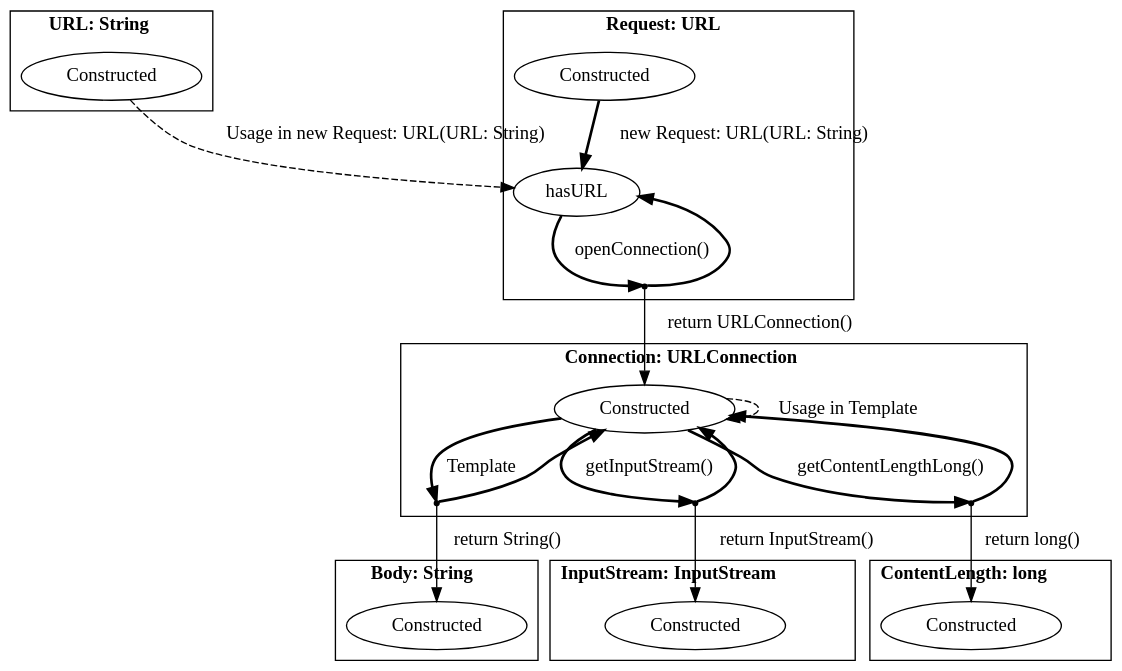
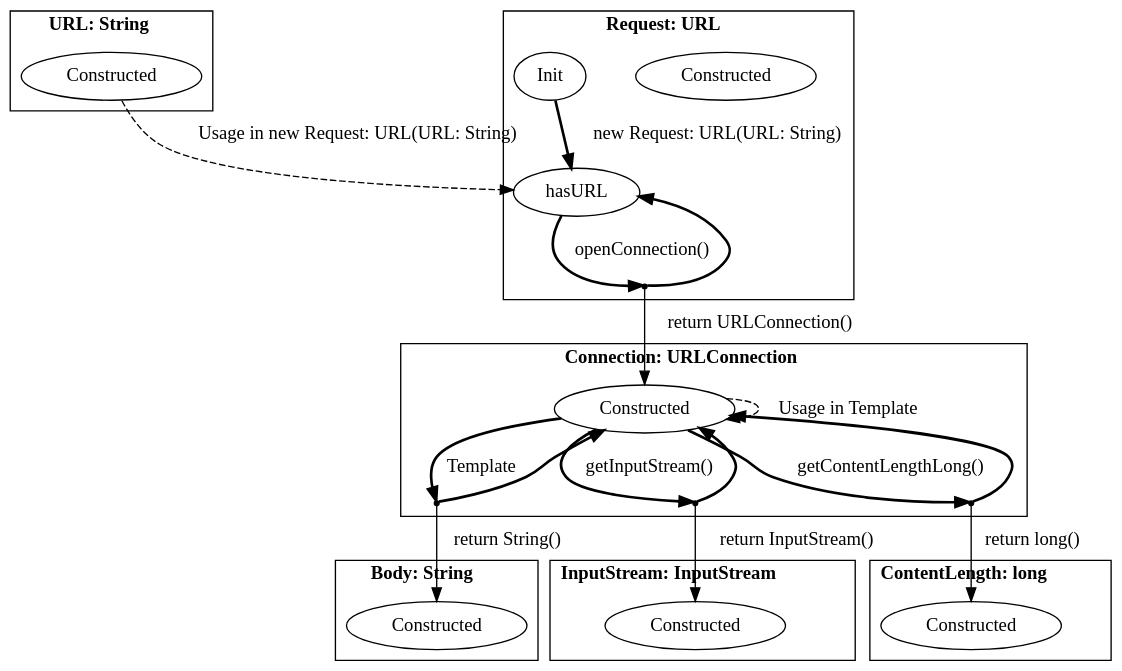
One commit to h31/LibraryMigration changed the diagram in pictures/java.dot. Above: the diagram before and after it, drawn with Graphviz. The commit also changed 9 other files, not shown here.

```diff
--- a/pictures/java.dot
+++ b/pictures/java.dot
@@ -1,47 +1,48 @@
 digraph G {
     bgcolor="transparent";
     subgraph cluster0 {
     label = <<B>URL: String</B>>;
         Constructed_URL [ label="Constructed" ];
     }
     subgraph cluster1 {
     label = <<B>Request: URL</B>>;
         Constructed_Request [ label="Constructed" ];
         hasURL_Request [ label="hasURL" ];
+        Init_Request [ label="Init" ];
         virtual0 [ shape = point ];
     }
     subgraph cluster2 {
     label = <<B>Connection: URLConnection</B>>;
         Constructed_Connection [ label="Constructed" ];
         virtual1 [ shape = point ];
         virtual2 [ shape = point ];
         virtual3 [ shape = point ];
     }
     subgraph cluster3 {
     label = <<B>Body: String</B>>;
         Constructed_Body [ label="Constructed" ];
     }
     subgraph cluster4 {
     label = <<B>InputStream: InputStream</B>>;
         Constructed_InputStream [ label="Constructed" ];
     }
     subgraph cluster5 {
     label = <<B>ContentLength: long</B>>;
         Constructed_ContentLength [ label="Constructed" ];
     }
         Constructed_URL -> hasURL_Request [ label="Usage in new Request: URL(URL: String)", style = "dashed"  ];
-        Constructed_Request -> hasURL_Request [ label="new Request: URL(URL: String)", style = "bold"  ];
+        Init_Request -> hasURL_Request [ label="new Request: URL(URL: String)", style = "bold"  ];
         hasURL_Request -> virtual0 [ style = "bold" label="openConnection()"  ];
         virtual0 -> hasURL_Request [ style = "bold"  ];
         virtual0 -> Constructed_Connection [ label="return URLConnection()"  ];
         Constructed_Connection -> virtual1 [ style = "bold" label="Template"  ];
         virtual1 -> Constructed_Connection [ style = "bold"  ];
         virtual1 -> Constructed_Body [ label="return String()"  ];
         Constructed_Connection -> Constructed_Connection [ label="Usage in Template", style = "dashed"  ];
         Constructed_Connection -> virtual2 [ style = "bold" label="getInputStream()"  ];
         virtual2 -> Constructed_Connection [ style = "bold"  ];
         virtual2 -> Constructed_InputStream [ label="return InputStream()"  ];
         Constructed_Connection -> virtual3 [ style = "bold" label="getContentLengthLong()"  ];
         virtual3 -> Constructed_Connection [ style = "bold"  ];
         virtual3 -> Constructed_ContentLength [ label="return long()"  ];
 }
```
